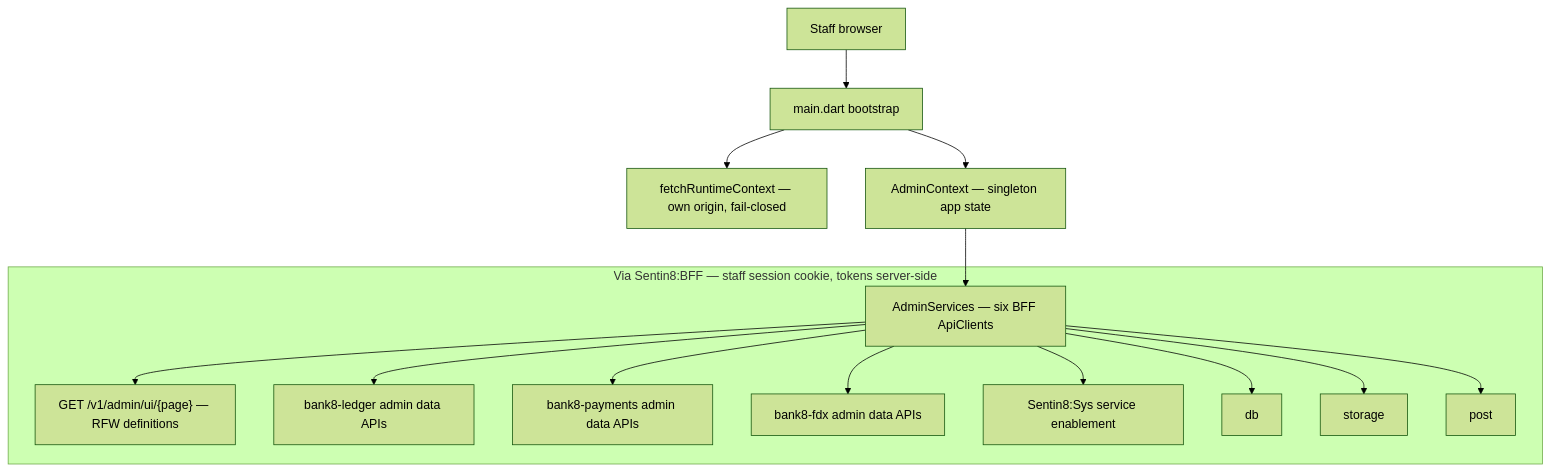
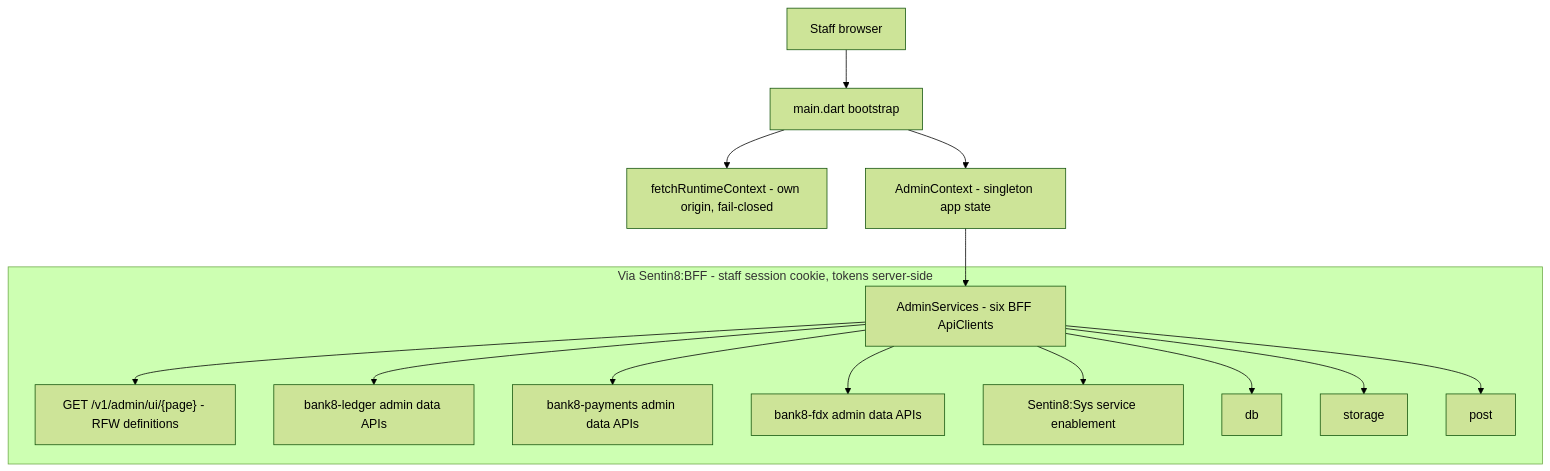
Before and after one commit to Bank8-dev/bank8-admin: the diagram in README.md, drawn with Mermaid (forest theme). The commit also changed other lines of this file and 7 other files, not shown here.

````diff
--- a/README.md
+++ b/README.md
@@ -30,18 +30,18 @@
 ```mermaid
 graph TD
     B[Staff browser] --> M[main.dart bootstrap]
-    M --> RC[fetchRuntimeContext — own origin, fail-closed]
-    M --> C[AdminContext — singleton app state]
-    C --> S[AdminServices — six BFF ApiClients]
+    M --> RC[fetchRuntimeContext - own origin, fail-closed]
+    M --> C[AdminContext - singleton app state]
+    C --> S[AdminServices - six BFF ApiClients]
 
-    subgraph SGlu75s1["Via Sentin8:BFF — staff session cookie, tokens server-side"]
-        S --> RFW["GET /v1/admin/ui/{page} — RFW definitions"]
+    subgraph SGlu75s1["Via Sentin8:BFF - staff session cookie, tokens server-side"]
+        S --> RFW["GET /v1/admin/ui/{page} - RFW definitions"]
         S --> LED[bank8-ledger admin data APIs]
         S --> PAY[bank8-payments admin data APIs]
         S --> F[bank8-fdx admin data APIs]
         S --> SYS[Sentin8:Sys service enablement]
         S --> D[db]
         S --> ST[storage]
         S --> PO[post]
     end
 ```
````
